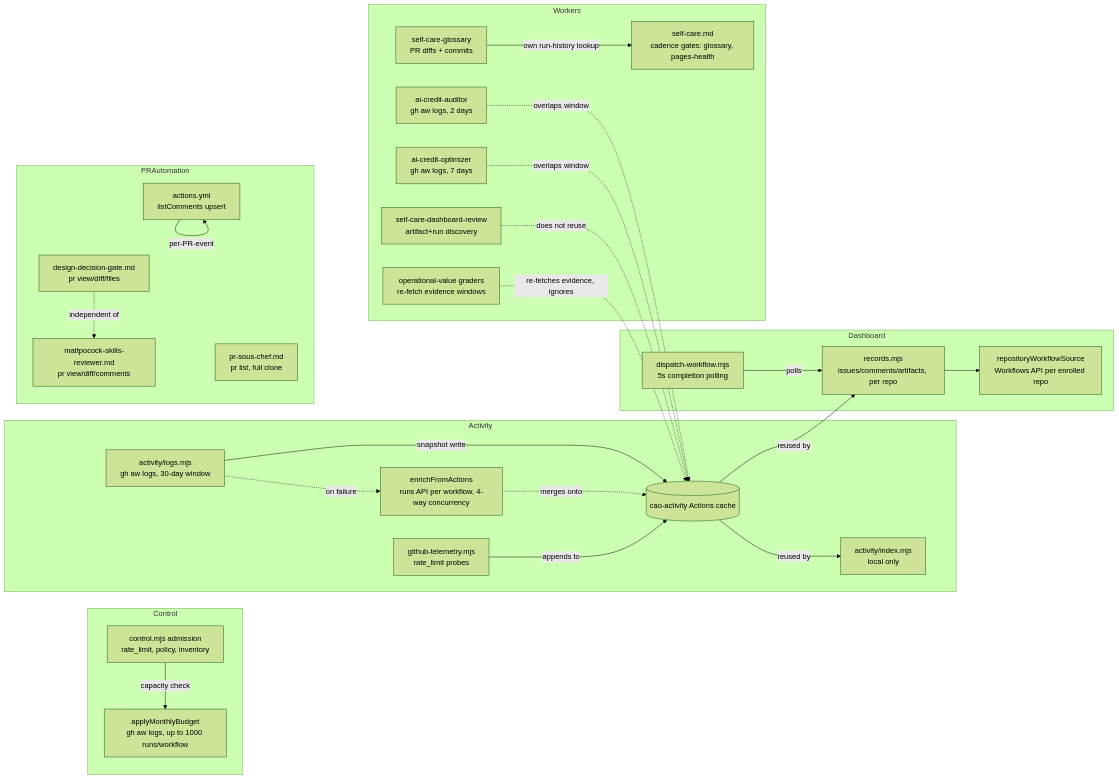
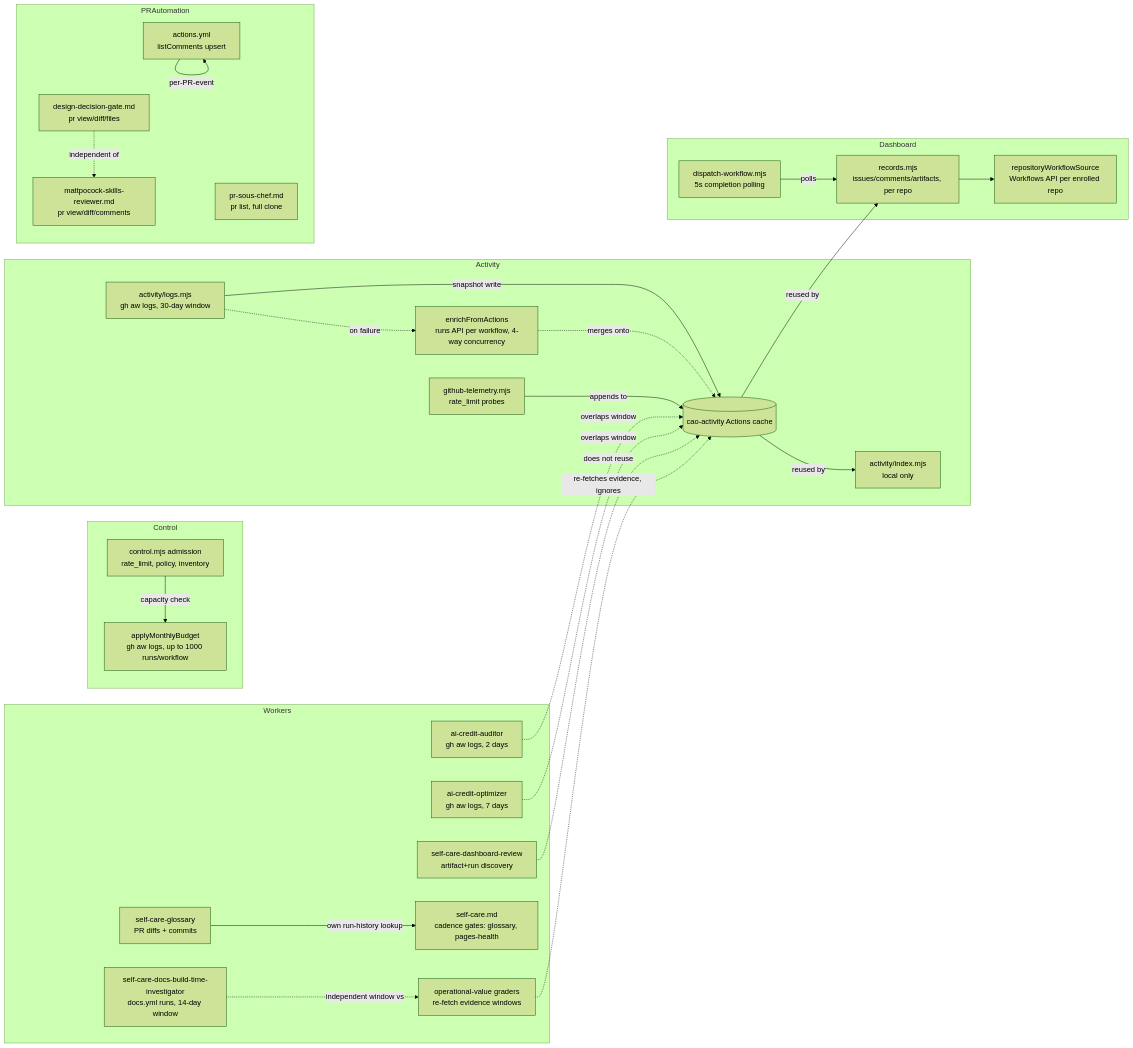
Before and after one commit to githubnext/gh-aw-cao: the diagram in specs/data-acquisition-audit.md, drawn with Mermaid (forest theme). The commit also changed other lines of this file, not shown here.

Commit message:
Refresh data acquisition audit: add missing SelfCare workers to inventory

````diff
--- a/specs/data-acquisition-audit.md
+++ b/specs/data-acquisition-audit.md
@@ -171,50 +177,52 @@
 ```mermaid
 flowchart LR
   subgraph Control
     control["control.mjs admission<br/>rate_limit, policy, inventory"]
     budget["applyMonthlyBudget<br/>gh aw logs, up to 1000 runs/workflow"]
   end
   subgraph Activity
     logsmjs["activity/logs.mjs<br/>gh aw logs, 30-day window"]
     fallback["enrichFromActions<br/>runs API per workflow, 4-way concurrency"]
     indexmjs["activity/index.mjs<br/>local only"]
     telemetry["github-telemetry.mjs<br/>rate_limit probes"]
     cache[("cao-activity Actions cache")]
   end
   subgraph Dashboard
     records["records.mjs<br/>issues/comments/artifacts, per repo"]
     remotewf["repositoryWorkflowSource<br/>Workflows API per enrolled repo"]
     dispatch["dispatch-workflow.mjs<br/>5s completion polling"]
   end
   subgraph Workers
     aicaud["ai-credit-auditor<br/>gh aw logs, 2 days"]
     aicopt["ai-credit-optimizer<br/>gh aw logs, 7 days"]
     reviewpf["self-care-dashboard-review<br/>artifact+run discovery"]
     glossary["self-care-glossary<br/>PR diffs + commits"]
+    docsbt["self-care-docs-build-time-investigator<br/>docs.yml runs, 14-day window"]
     selfcare["self-care.md<br/>cadence gates: glossary, pages-health"]
     graders["operational-value graders<br/>re-fetch evidence windows"]
   end
   subgraph PRAutomation
     ddg["design-decision-gate.md<br/>pr view/diff/files"]
     mattpocock["mattpocock-skills-reviewer.md<br/>pr view/diff/comments"]
     soschef["pr-sous-chef.md<br/>pr list, full clone"]
     mobileci["actions.yml<br/>listComments upsert"]
   end
 
   control -->|capacity check| budget
   logsmjs -->|snapshot write| cache
   logsmjs -.->|on failure| fallback
   fallback -.->|merges onto| cache
   cache -->|reused by| indexmjs
   cache -->|reused by| records
   telemetry -->|appends to| cache
   records --> remotewf
   dispatch -->|polls| records
   aicaud -.->|overlaps window| cache
   aicopt -.->|overlaps window| cache
   reviewpf -.->|does not reuse| cache
   glossary -->|own run-history lookup| selfcare
+  docsbt -.->|independent window vs| graders
   graders -.->|re-fetches evidence, ignores| cache
   ddg -.->|independent of| mattpocock
   mobileci -->|per-PR-event| mobileci
 ```
````
